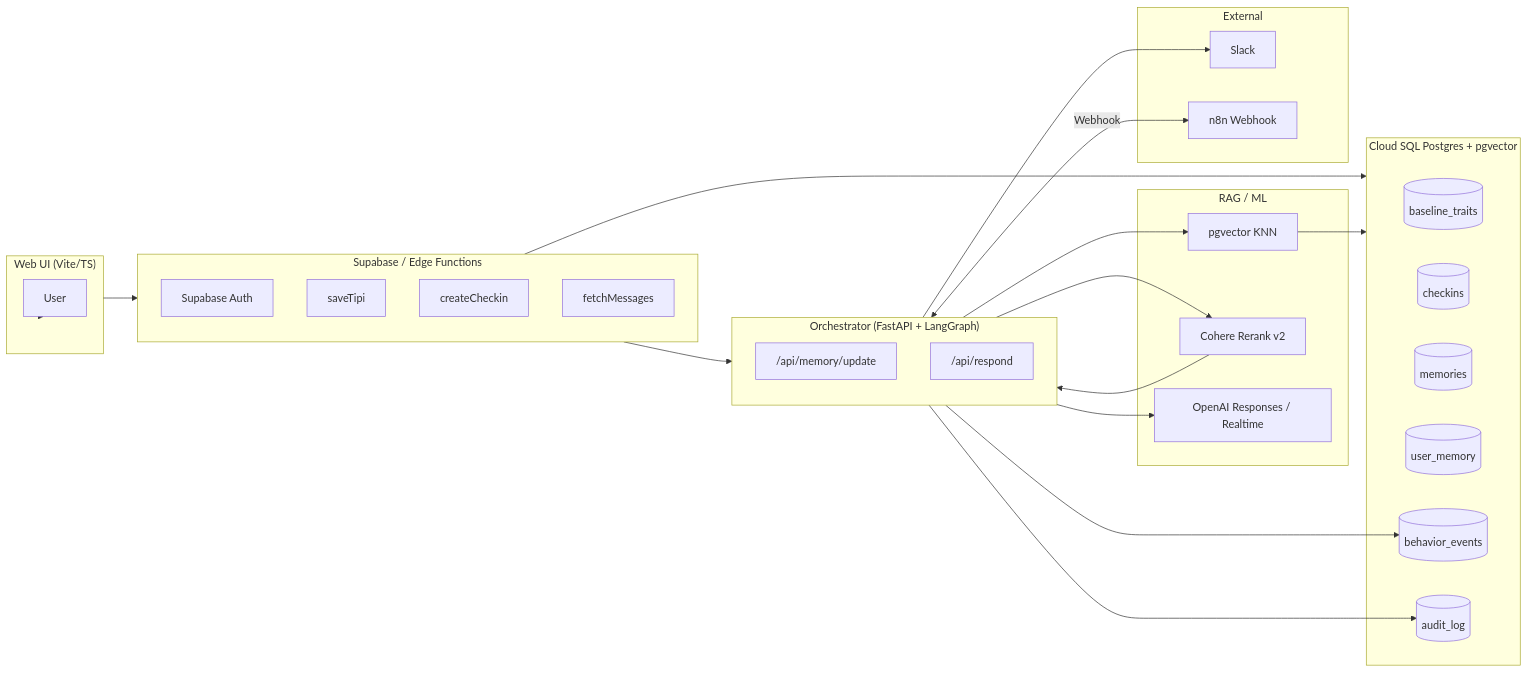
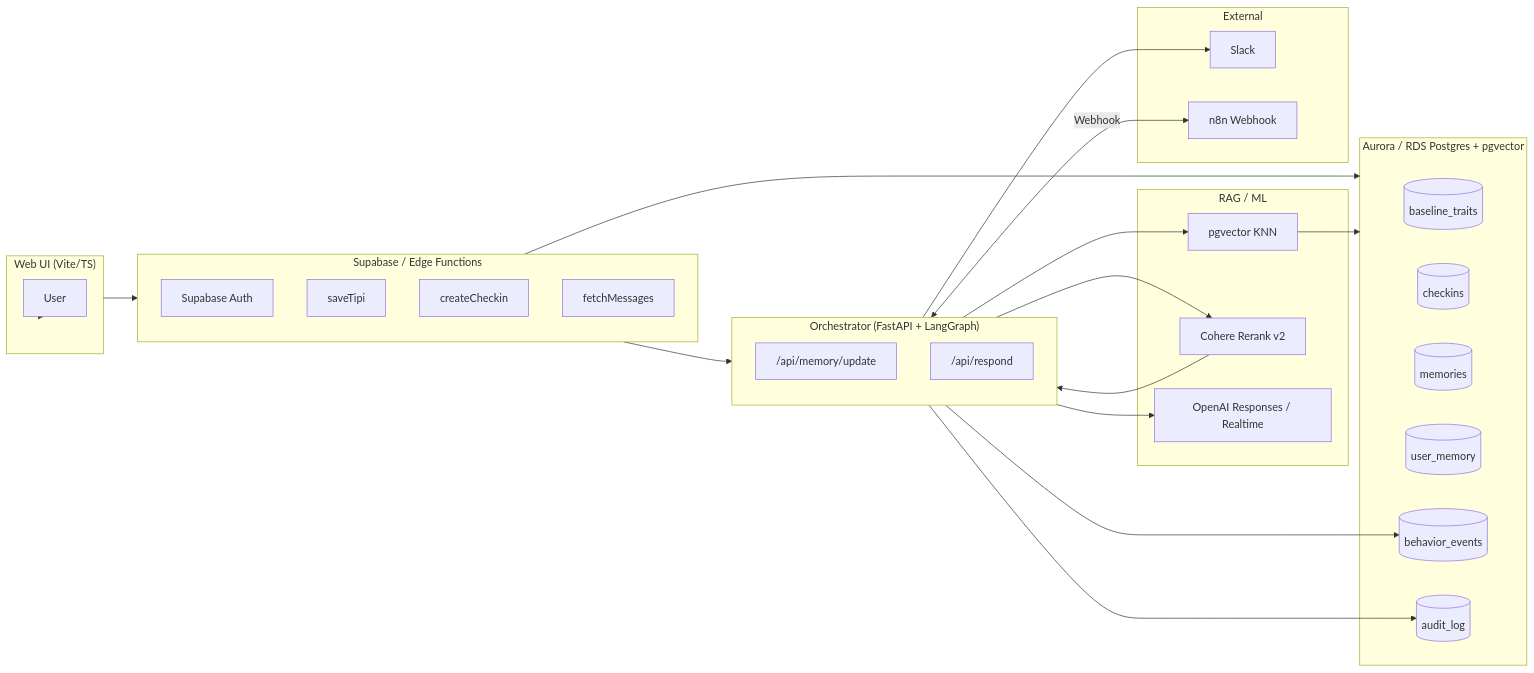
Before and after one commit to k-naruse3209/trait-flow-mvp3.0: the first of 5 diagrams in docs/system_spec_ja.md, drawn with Mermaid. The commit also changed other lines of this file and 2 other files, not shown here.

````diff
--- a/docs/system_spec_ja.md
+++ b/docs/system_spec_ja.md
@@ -42,43 +42,43 @@
 ```mermaid
 flowchart LR
   subgraph FE["Web UI (Vite/TS)"]
     U[User]
   end
   subgraph Edge["Supabase / Edge Functions"]
     AuthSvc[Supabase Auth]
     Tips[saveTipi]
     Check[createCheckin]
     Poll[fetchMessages]
   end
   subgraph ORC["Orchestrator (FastAPI + LangGraph)"]
     API1["/api/memory/update"]
     API2["/api/respond"]
   end
-  subgraph DB["Cloud SQL Postgres + pgvector"]
+  subgraph DB["Aurora / RDS Postgres + pgvector"]
     Baseline[(baseline_traits)]
     Checkins[(checkins)]
     Memories[(memories)]
     UserMem[(user_memory)]
     Events[(behavior_events)]
     Audit[(audit_log)]
   end
   subgraph RAG["RAG / ML"]
     Vec[pgvector KNN]
     Rerank[Cohere Rerank v2]
     LLM[OpenAI Responses / Realtime]
   end
   subgraph Ops[External]
     Slack[Slack]
     N8N[n8n Webhook]
   end
 
   U --> FE --> Edge
   Edge --> DB
   Edge --> ORC
   ORC --> Vec --> DB
   ORC --> Rerank --> ORC --> LLM
   ORC --> Slack
   ORC <-->|Webhook| N8N
   ORC --> Events
   ORC --> Audit
 ```
````
